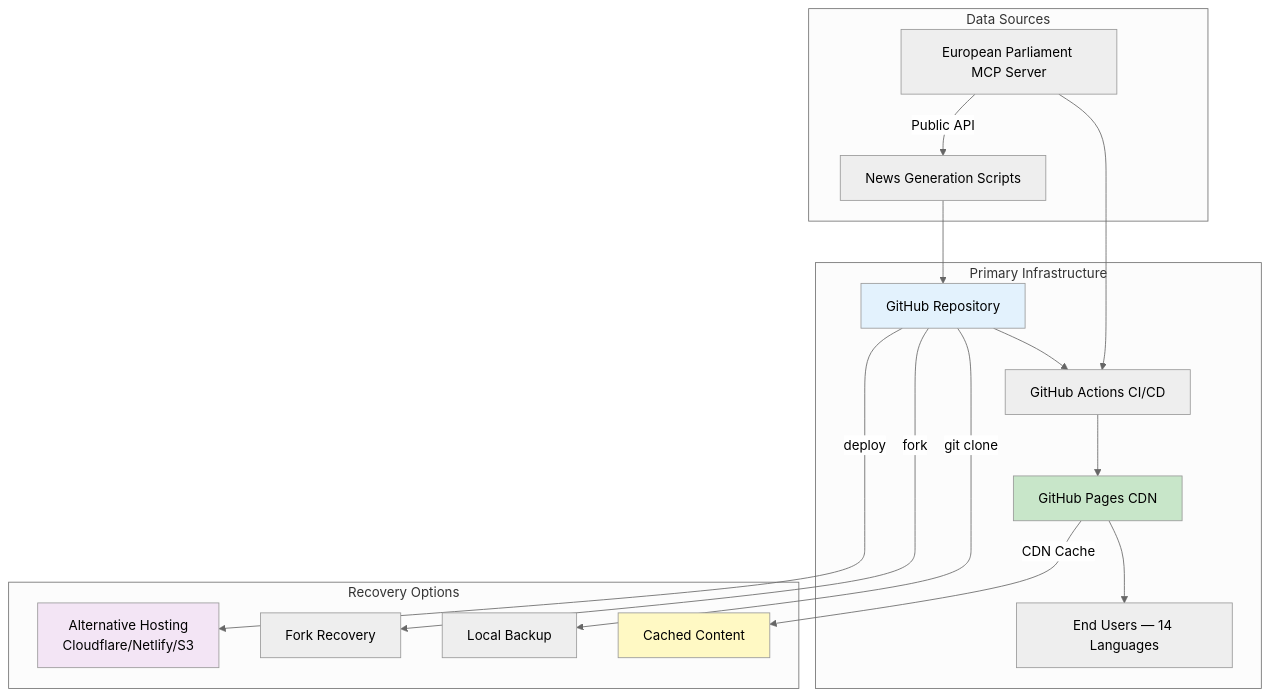
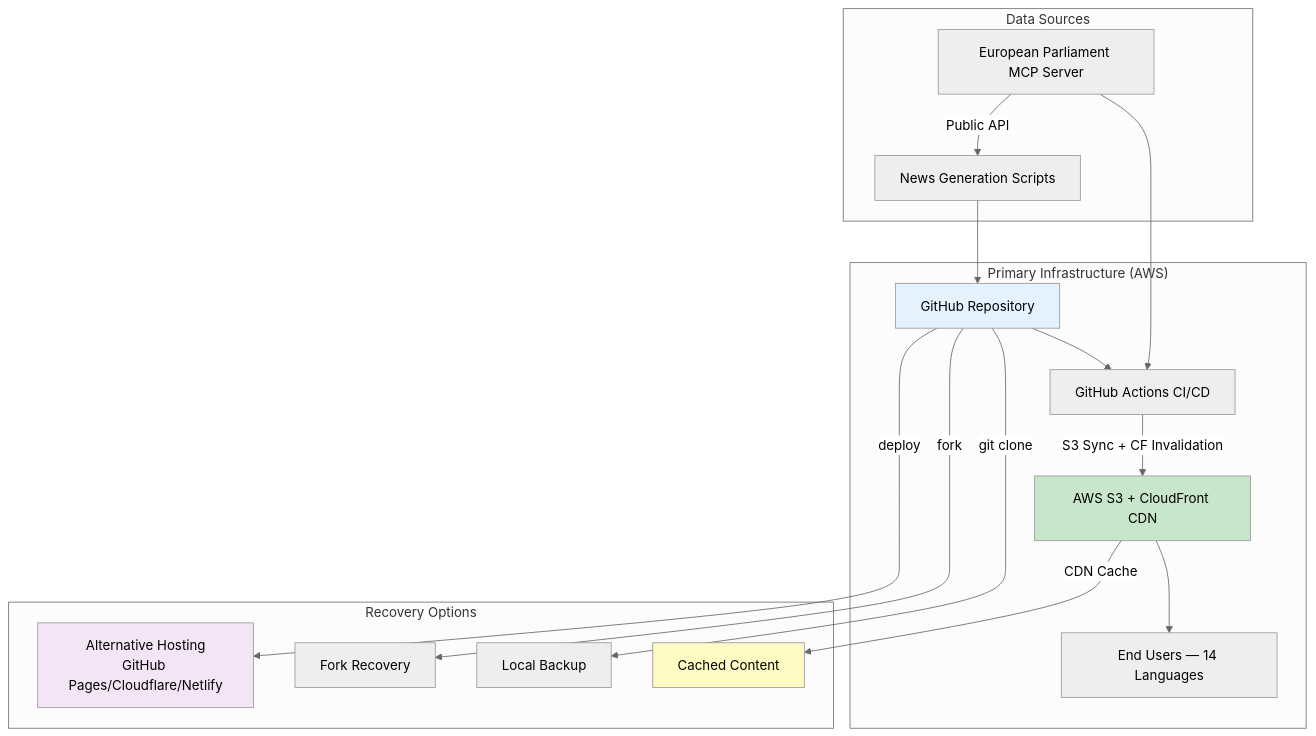
The second of 5 diagrams in BCPPlan.md (Hack23/euparliamentmonitor), drawn with Mermaid (neutral theme) before and after one commit. The commit also changed other lines of this file and 2 other files, not shown here.

First line of the commit message:
Apply review feedback round 2: AWS S3+CloudFront as primary hosting, fix npm cache description, mark SonarCloud as planned, fix Mermaid mindmap root syntax

````diff
--- a/BCPPlan.md
+++ b/BCPPlan.md
@@ -155,26 +155,26 @@
 ```mermaid
 graph TB
-    subgraph "Primary Infrastructure"
+    subgraph "Primary Infrastructure (AWS)"
         GH[GitHub Repository] --> GA[GitHub Actions CI/CD]
-        GA --> GP[GitHub Pages CDN]
-        GP --> U[End Users — 14 Languages]
+        GA -->|S3 Sync + CF Invalidation| AWS[AWS S3 + CloudFront CDN]
+        AWS --> U[End Users — 14 Languages]
     end
     
     subgraph "Data Sources"
         EP[European Parliament MCP Server] --> GA
         EP --> |Public API| NS[News Generation Scripts]
         NS --> GH
     end
     
     subgraph "Recovery Options"
         GH --> |git clone| LB[Local Backup]
         GH --> |fork| FR[Fork Recovery]
-        GP --> |CDN Cache| CC[Cached Content]
-        GH --> |deploy| ALT[Alternative Hosting<br/>Cloudflare/Netlify/S3]
+        AWS --> |CDN Cache| CC[Cached Content]
+        GH --> |deploy| ALT[Alternative Hosting<br/>GitHub Pages/Cloudflare/Netlify]
     end
     
     style GH fill:#e3f2fd
-    style GP fill:#c8e6c9
+    style AWS fill:#c8e6c9
     style CC fill:#fff9c4
     style ALT fill:#f3e5f5
 ```
````
